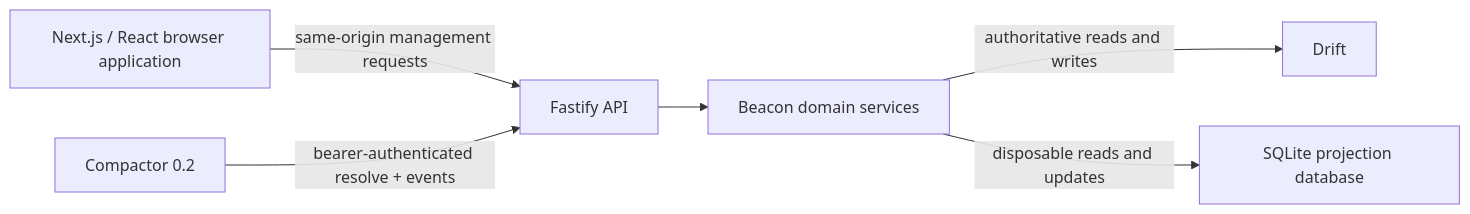
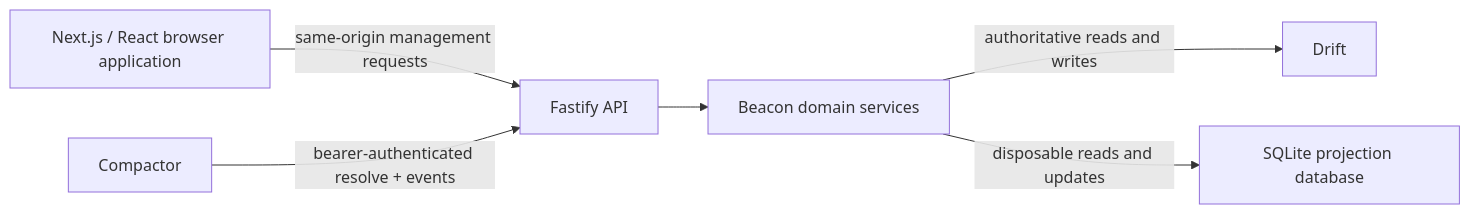
The diagram in ARCHITECTURE.md (Grey-Harbor/Beacon), drawn with Mermaid before and after one commit. The commit also changed other lines of this file and 11 other files, not shown here.

````diff
--- a/ARCHITECTURE.md
+++ b/ARCHITECTURE.md
@@ -9,8 +9,8 @@
 ```mermaid
 flowchart LR
   Browser["Next.js / React browser application"] -->|"same-origin management requests"| API["Fastify API"]
-  Compactor["Compactor 0.2"] -->|"bearer-authenticated resolve + events"| API
+  Compactor["Compactor"] -->|"bearer-authenticated resolve + events"| API
   API --> Domain["Beacon domain services"]
   Domain -->|"authoritative reads and writes"| Drift["Drift"]
   Domain -->|"disposable reads and updates"| Projection["SQLite projection database"]
 ```
````
